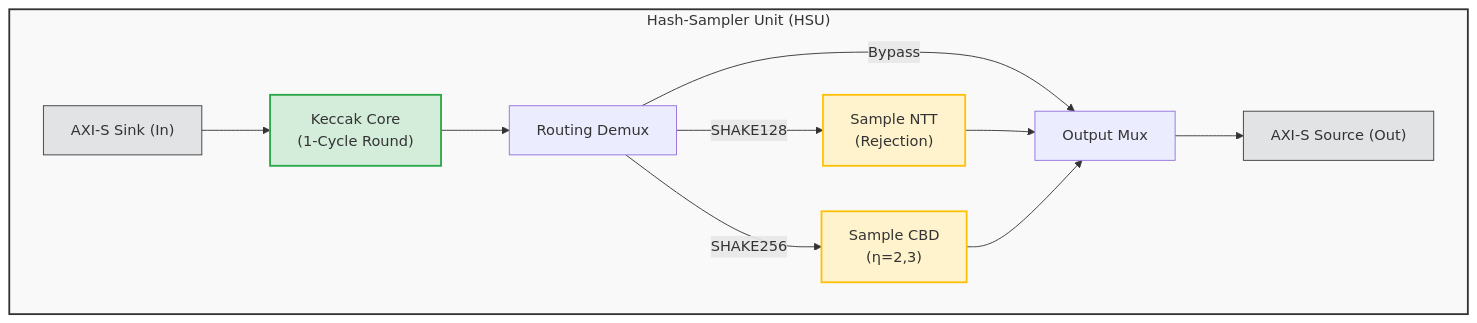
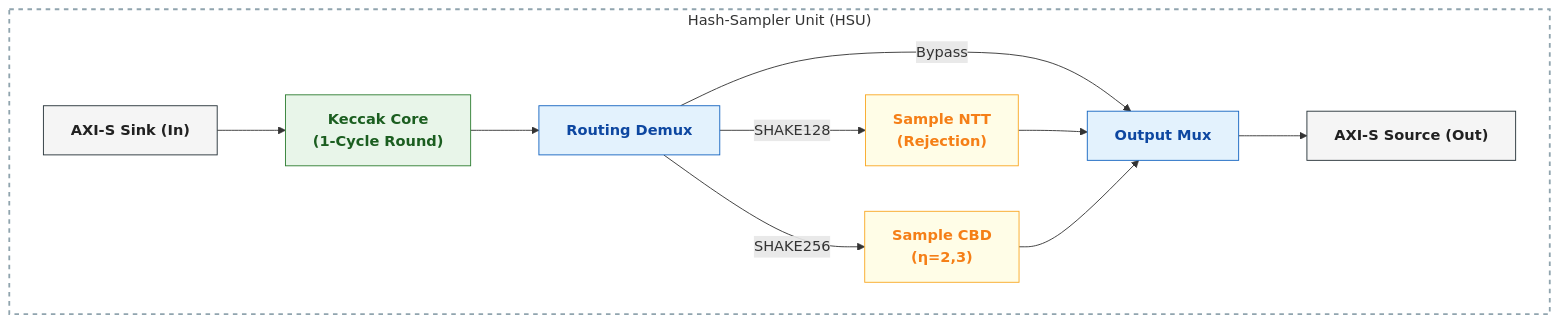
One commit to QREM-CORE/hash-sampler-unit changed the diagram in README.md. Above: the diagram before and after it, drawn with Mermaid.

Commit message:
Restyle README diagram for better contrast and dark mode support

````diff
--- a/README.md
+++ b/README.md
@@ -17,26 +17,27 @@
 ```mermaid
 graph LR
     subgraph HSU["Hash-Sampler Unit (HSU)"]
         direction LR
-        
-        S_AXI["AXI-S Sink (In)"] --> KCORE["Keccak Core <br/>(1-Cycle Round)"]
-        
+        S_AXI["AXI-S Sink (In)"] --> KCORE["Keccak Core<br/>(1-Cycle Round)"]
         KCORE --> DMUX["Routing Demux"]
-        
-        DMUX -- SHAKE128 --> NTT["Sample NTT <br/>(Rejection)"]
-        DMUX -- SHAKE256 --> CBD["Sample CBD <br/>(η=2,3)"]
+        DMUX -- SHAKE128 --> NTT["Sample NTT<br/>(Rejection)"]
+        DMUX -- SHAKE256 --> CBD["Sample CBD<br/>(η=2,3)"]
         DMUX -- Bypass --> MUX["Output Mux"]
-        
         NTT --> MUX
         CBD --> MUX
-        
         MUX --> M_AXI["AXI-S Source (Out)"]
     end
-    
-    style HSU fill:#f9f9f9,stroke:#333,stroke-width:2px
-    style KCORE fill:#d4edda,stroke:#28a745,stroke-width:2px
-    style NTT fill:#fff3cd,stroke:#ffc107,stroke-width:2px
-    style CBD fill:#fff3cd,stroke:#ffc107,stroke-width:2px
-    style S_AXI fill:#e2e3e5,stroke:#383d41
-    style M_AXI fill:#e2e3e5,stroke:#383d41
+
+    %% Premium Hardware Styling
+    classDef io fill:#f5f5f5,stroke:#263238,color:#212121,font-weight:bold;
+    classDef core fill:#e8f5e9,stroke:#2e7d32,color:#1b5e20,font-weight:bold;
+    classDef router fill:#e3f2fd,stroke:#1565c0,color:#0d47a1,font-weight:bold;
+    classDef sampler fill:#fffde7,stroke:#f9a825,color:#f57f17,font-weight:bold;
+    classDef hsu fill:none,stroke:#90a4ae,stroke-width:2px,stroke-dasharray: 5 5;
+
+    class S_AXI,M_AXI io;
+    class KCORE core;
+    class DMUX,MUX router;
+    class NTT,CBD sampler;
+    class HSU hsu;
 ```
````
